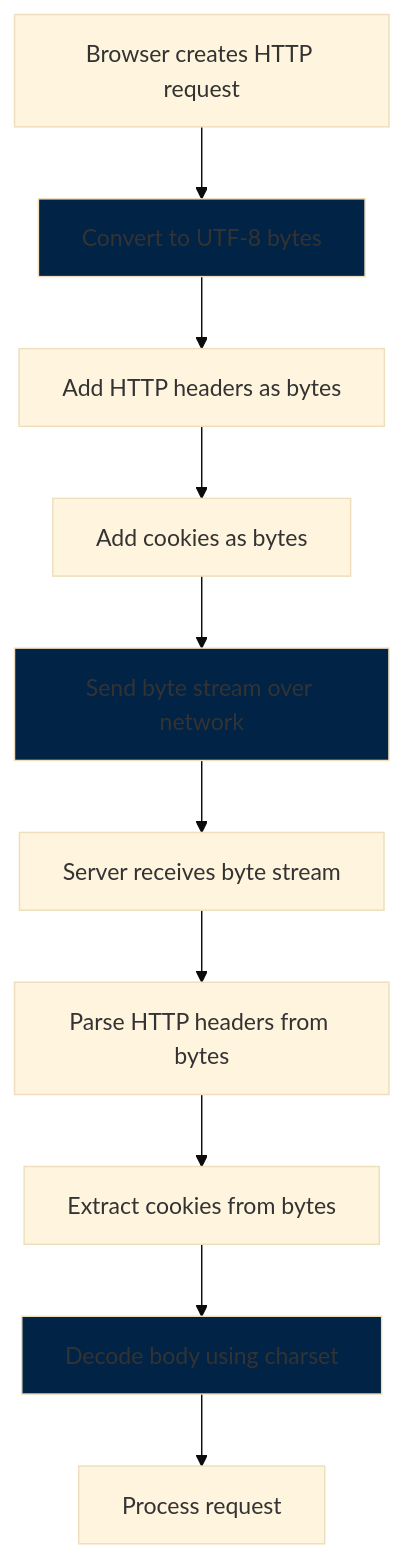
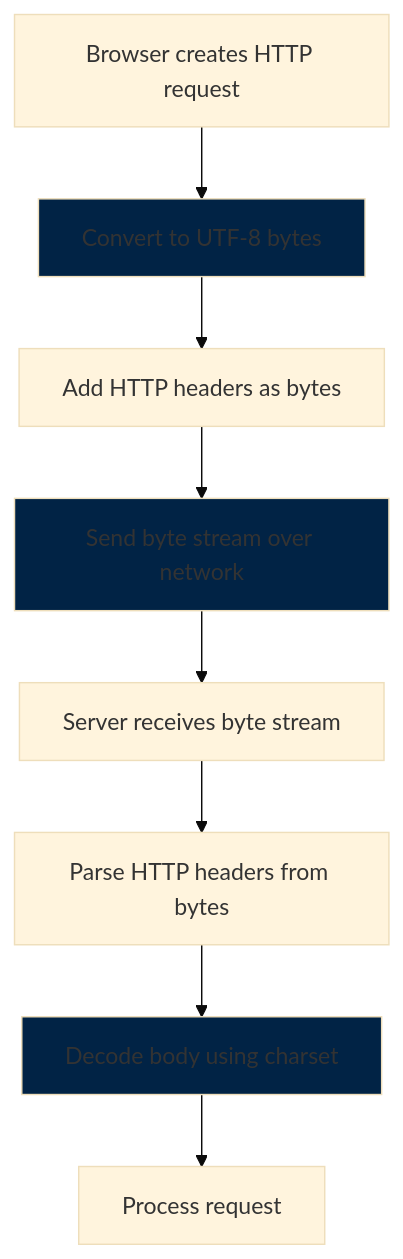
One commit to EliGuriel/Course_Meeting5 changed the second of 21 diagrams in מדריך מקיף - תקשורת רשת, HTTP ו-JSON.md. Above: the diagram before and after it, drawn with Mermaid (base theme). The commit also changed other lines of this file and 3 other files, not shown here.

````diff
--- a/מדריך מקיף - תקשורת רשת, HTTP ו-JSON.md
+++ b/מדריך מקיף - תקשורת רשת, HTTP ו-JSON.md
@@ -56,17 +129,15 @@
 ```mermaid
 graph TD
     A[Browser creates HTTP request] --> B[Convert to UTF-8 bytes]
     B --> C[Add HTTP headers as bytes]
-    C --> D[Add cookies as bytes]
-    D --> E[Send byte stream over network]
+    C --> D[Send byte stream over network]
     
-    E --> F[Server receives byte stream]
-    F --> G[Parse HTTP headers from bytes]
-    G --> H[Extract cookies from bytes]
-    H --> I[Decode body using charset]
-    I --> J[Process request]
+    D --> E[Server receives byte stream]
+    E --> F[Parse HTTP headers from bytes]
+    F --> G[Decode body using charset]
+    G --> H[Process request]
     
     style B fill:#012345
-    style E fill:#012345
-    style I fill:#012345
+    style D fill:#012345
+    style G fill:#012345
 ```
````
